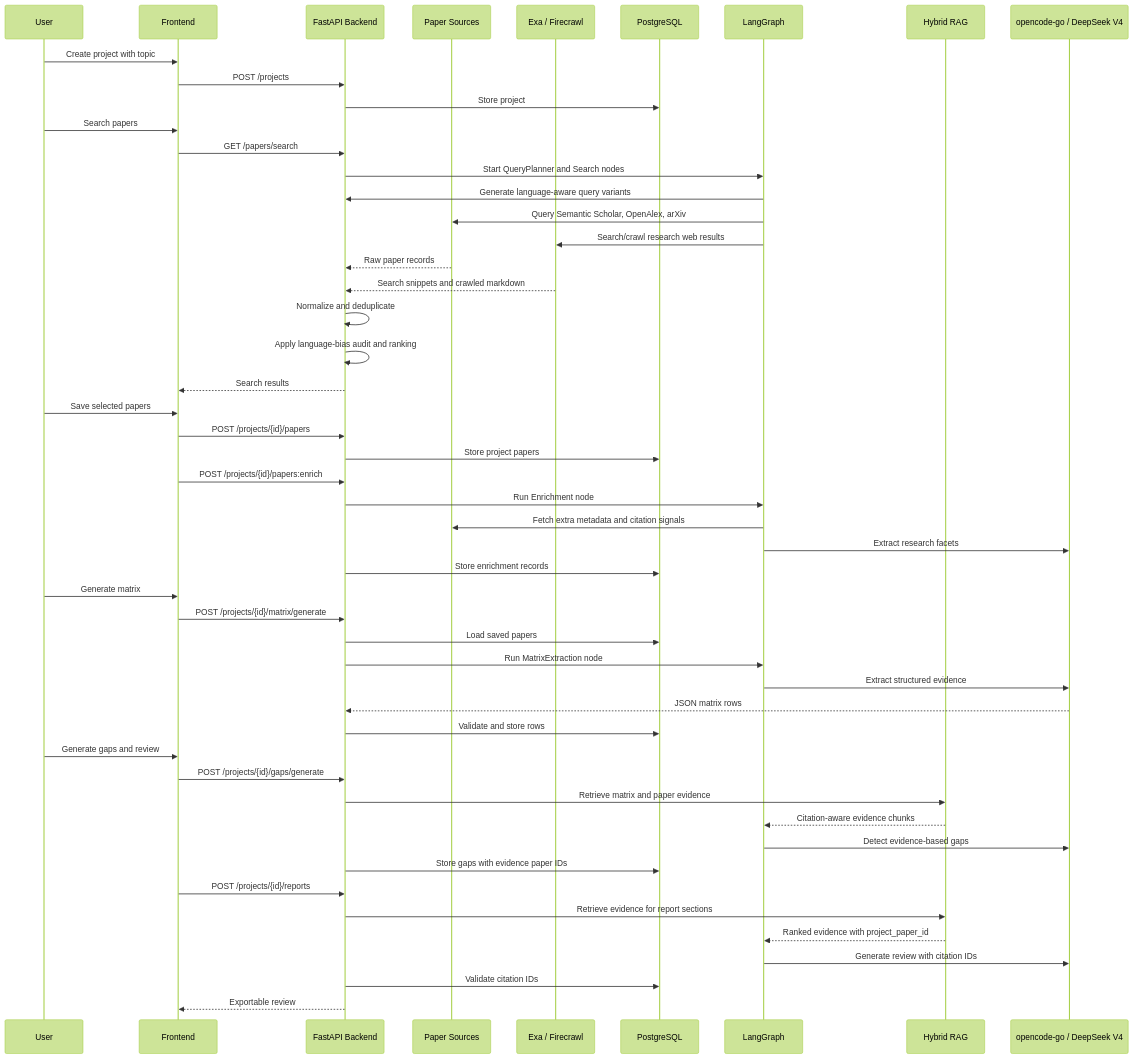
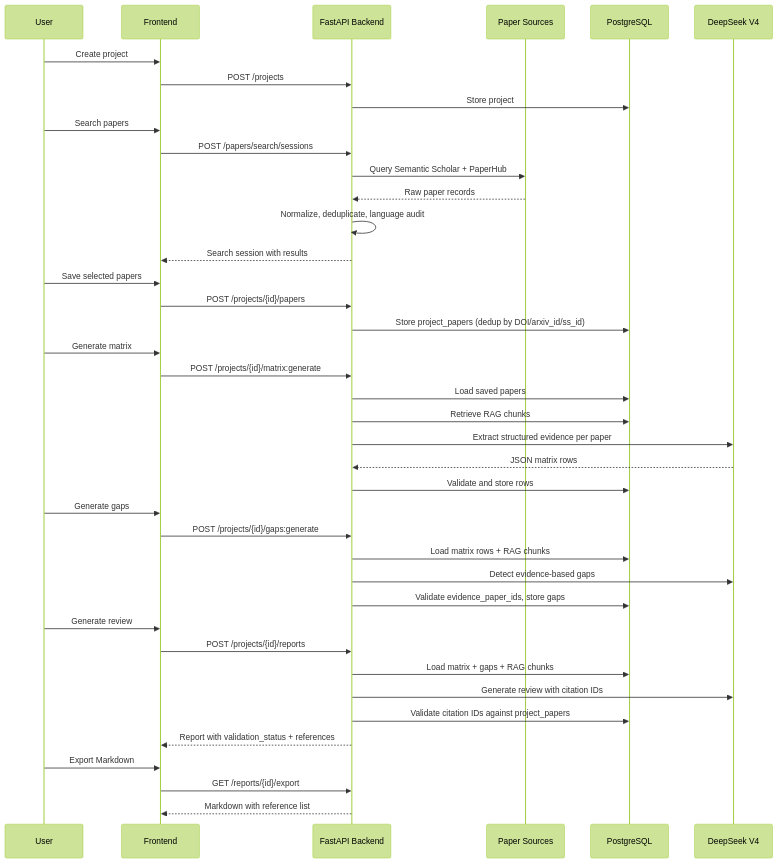
Before and after one commit to vietlinhh02/lumen-agent: the second of 3 diagrams in docs/architecture/system-overview.md, drawn with Mermaid (forest theme). The commit also changed other lines of this file and 13 other files, not shown here.

Commit message:
chore: fix import ordering for Exa/Firecrawl imports

````diff
--- a/docs/architecture/system-overview.md
+++ b/docs/architecture/system-overview.md
@@ -257,54 +117,49 @@
 ```mermaid
 sequenceDiagram
     participant U as User
     participant F as Frontend
     participant B as FastAPI Backend
     participant S as Paper Sources
-    participant W as Exa / Firecrawl
     participant D as PostgreSQL
-    participant G as LangGraph
-    participant R as Hybrid RAG
-    participant A as opencode-go / DeepSeek V4
+    participant L as DeepSeek V4
 
-    U->>F: Create project with topic
+    U->>F: Create project
     F->>B: POST /projects
     B->>D: Store project
+
     U->>F: Search papers
-    F->>B: GET /papers/search
-    B->>G: Start QueryPlanner and Search nodes
-    G->>B: Generate language-aware query variants
-    G->>S: Query Semantic Scholar, OpenAlex, arXiv
-    G->>W: Search/crawl research web results
+    F->>B: POST /papers/search/sessions
+    B->>S: Query Semantic Scholar + PaperHub
     S-->>B: Raw paper records
-    W-->>B: Search snippets and crawled markdown
-    B->>B: Normalize and deduplicate
-    B->>B: Apply language-bias audit and ranking
-    B-->>F: Search results
+    B->>B: Normalize, deduplicate, language audit
+    B-->>F: Search session with results
+
     U->>F: Save selected papers
     F->>B: POST /projects/{id}/papers
-    B->>D: Store project papers
-    F->>B: POST /projects/{id}/papers:enrich
-    B->>G: Run Enrichment node
-    G->>S: Fetch extra metadata and citation signals
-    G->>A: Extract research facets
-    B->>D: Store enrichment records
+    B->>D: Store project_papers (dedup by DOI/arxiv_id/ss_id)
+
     U->>F: Generate matrix
-    F->>B: POST /projects/{id}/matrix/generate
+    F->>B: POST /projects/{id}/matrix:generate
     B->>D: Load saved papers
-    B->>G: Run MatrixExtraction node
-    G->>A: Extract structured evidence
-    A-->>B: JSON matrix rows
+    B->>D: Retrieve RAG chunks
+    B->>L: Extract structured evidence per paper
+    L-->>B: JSON matrix rows
     B->>D: Validate and store rows
-    U->>F: Generate gaps and review
-    F->>B: POST /projects/{id}/gaps/generate
-    B->>R: Retrieve matrix and paper evidence
-    R-->>G: Citation-aware evidence chunks
-    G->>A: Detect evidence-based gaps
-    B->>D: Store gaps with evidence paper IDs
+
+    U->>F: Generate gaps
+    F->>B: POST /projects/{id}/gaps:generate
+    B->>D: Load matrix rows + RAG chunks
+    B->>L: Detect evidence-based gaps
+    B->>D: Validate evidence_paper_ids, store gaps
+
+    U->>F: Generate review
     F->>B: POST /projects/{id}/reports
-    B->>R: Retrieve evidence for report sections
-    R-->>G: Ranked evidence with project_paper_id
-    G->>A: Generate review with citation IDs
-    B->>D: Validate citation IDs
-    B-->>F: Exportable review
+    B->>D: Load matrix + gaps + RAG chunks
+    B->>L: Generate review with citation IDs
+    B->>D: Validate citation IDs against project_papers
+    B-->>F: Report with validation_status + references
+
+    U->>F: Export Markdown
+    F->>B: GET /reports/{id}/export
+    B-->>F: Markdown with reference list
 ```
````
